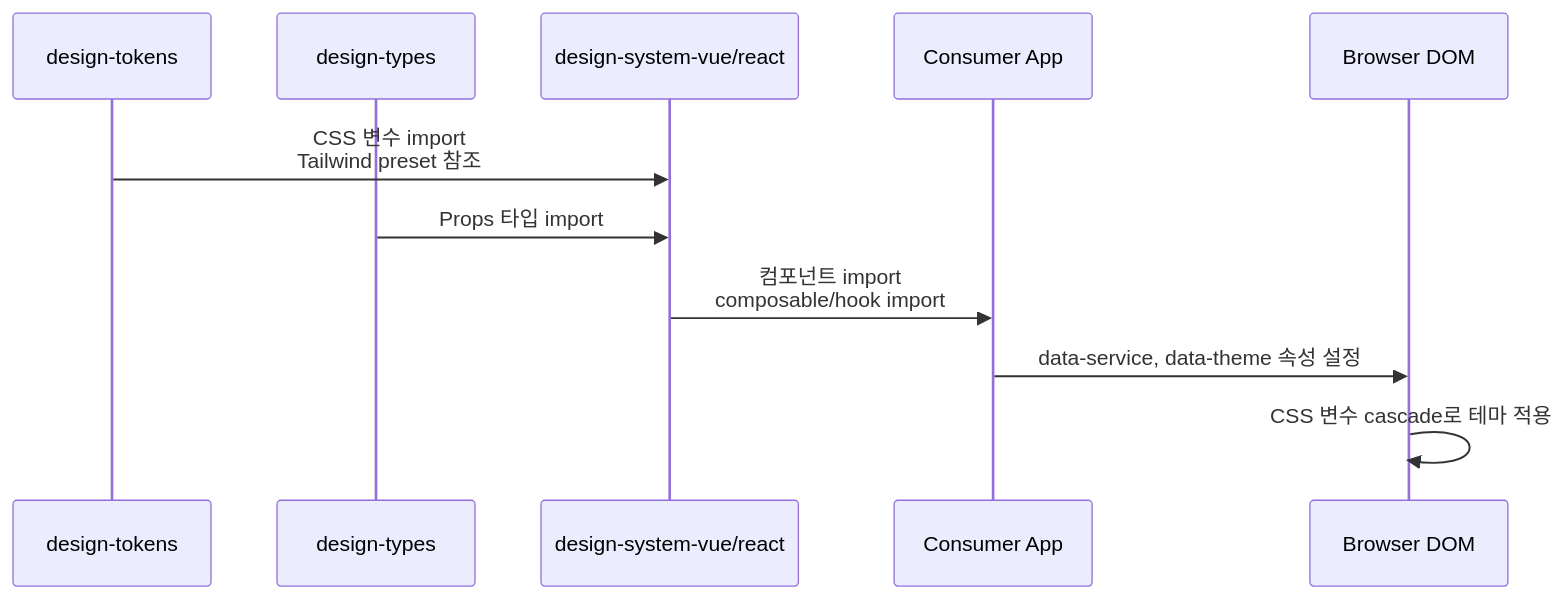
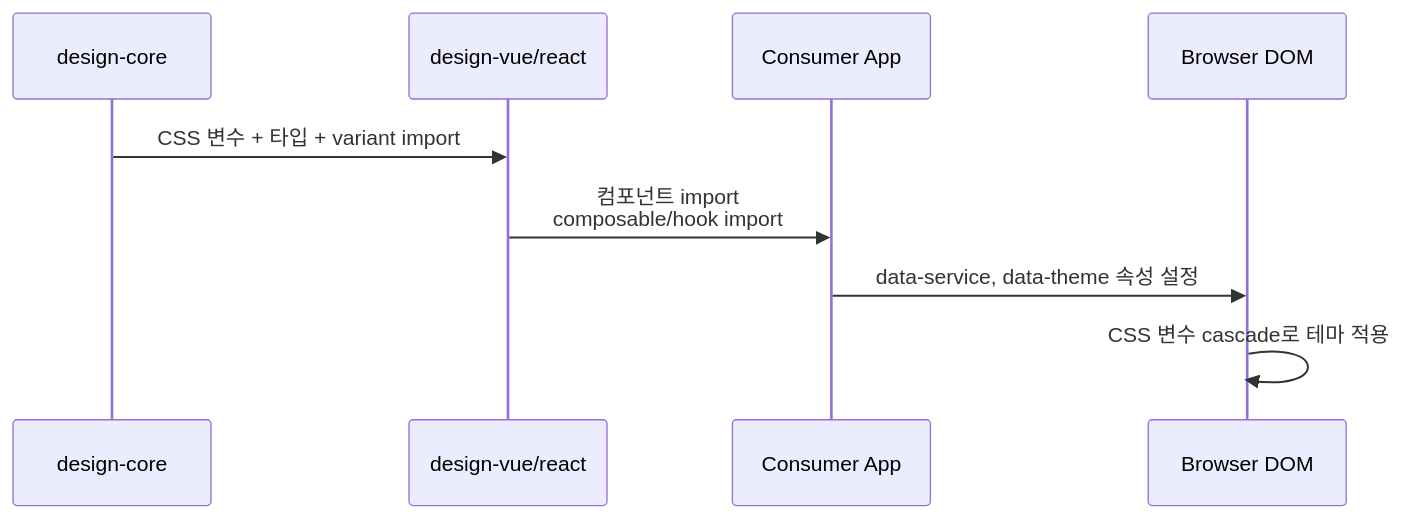
The second of 2 diagrams in docs/architecture/design-system/system-overview.md (L-a-z-e/portal-universe), drawn with Mermaid before and after one commit. The commit also changed other lines of this file and 539 other files, not shown here.

First line of the commit message:
refactor(design-system): consolidate 4 packages into 3 (ADR-043)

````diff
--- a/docs/architecture/design-system/system-overview.md
+++ b/docs/architecture/design-system/system-overview.md
@@ -151,14 +143,12 @@
 ```mermaid
 sequenceDiagram
-    participant Token as design-tokens
-    participant Type as design-types
-    participant Lib as design-system-vue/react
+    participant Core as design-core
+    participant Lib as design-vue/react
     participant App as Consumer App
     participant DOM as Browser DOM
 
-    Token->>Lib: CSS 변수 import<br/>Tailwind preset 참조
-    Type->>Lib: Props 타입 import
+    Core->>Lib: CSS 변수 + 타입 + variant import
     Lib->>App: 컴포넌트 import<br/>composable/hook import
     App->>DOM: data-service, data-theme 속성 설정
     DOM->>DOM: CSS 변수 cascade로 테마 적용
 ```
````
